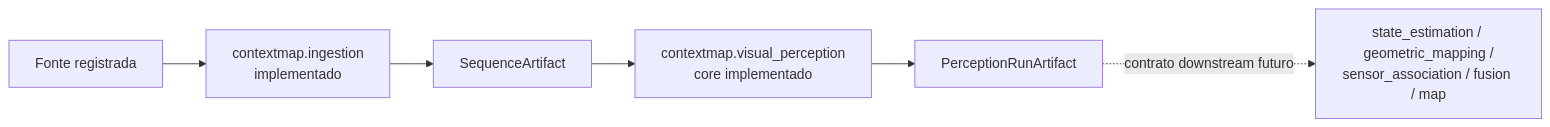
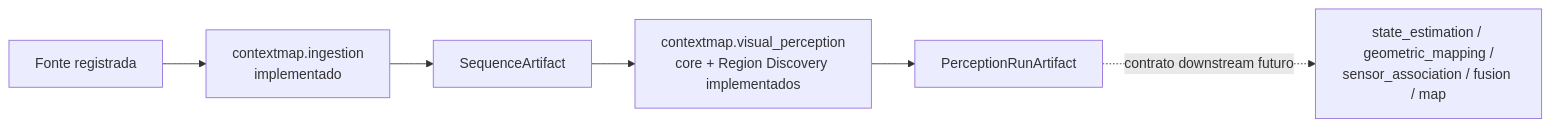
One commit to Alexandre-Tortoza/contextmap2 changed the third of 7 diagrams in docs/architecture.md. Above: the diagram before and after it, drawn with Mermaid. The commit also changed other lines of this file and 1 other file, not shown here.

First line of the commit message:
docs(region-discovery): align implemented status and artifact wording

````diff
--- a/docs/architecture.md
+++ b/docs/architecture.md
@@ -116,8 +116,8 @@
 ```mermaid
 flowchart LR
     SRC["Fonte registrada"] --> ING["contextmap.ingestion<br/>implementado"]
     ING --> SA["SequenceArtifact"]
-    SA --> VP["contextmap.visual_perception<br/>core implementado"]
+    SA --> VP["contextmap.visual_perception<br/>core + Region Discovery implementados"]
     VP --> PRA["PerceptionRunArtifact"]
     PRA -. contrato downstream futuro .-> NEXT["state_estimation / geometric_mapping /<br/>sensor_association / fusion / map"]
 ```
````
